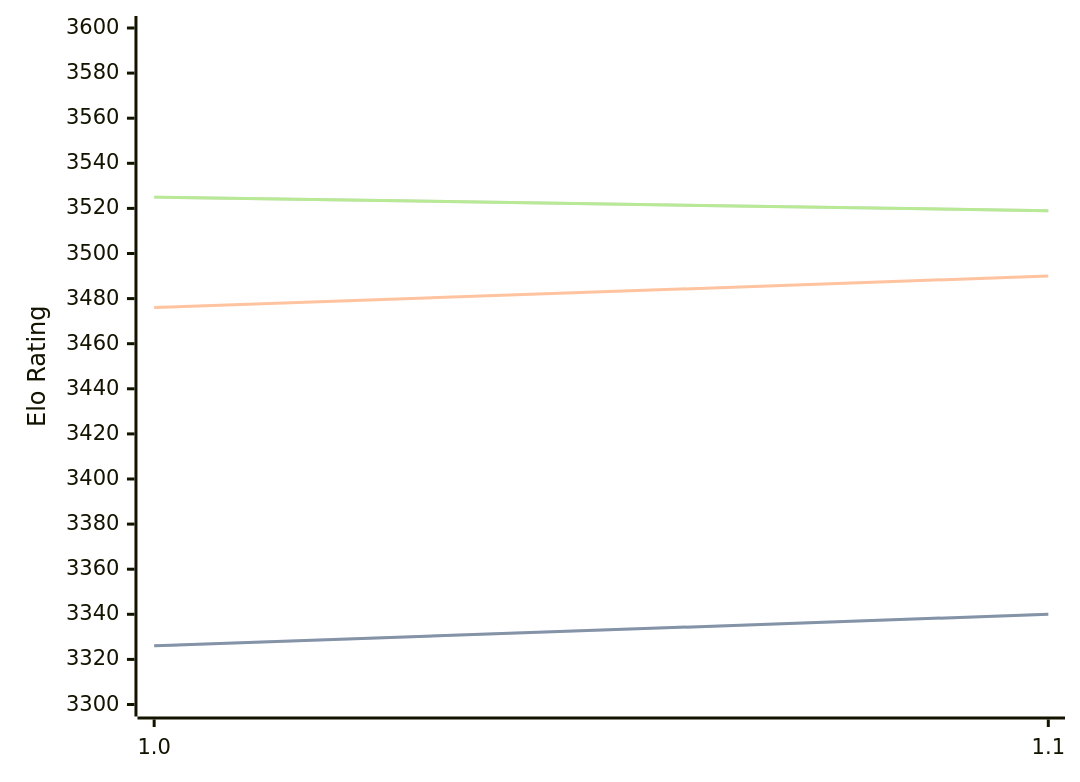
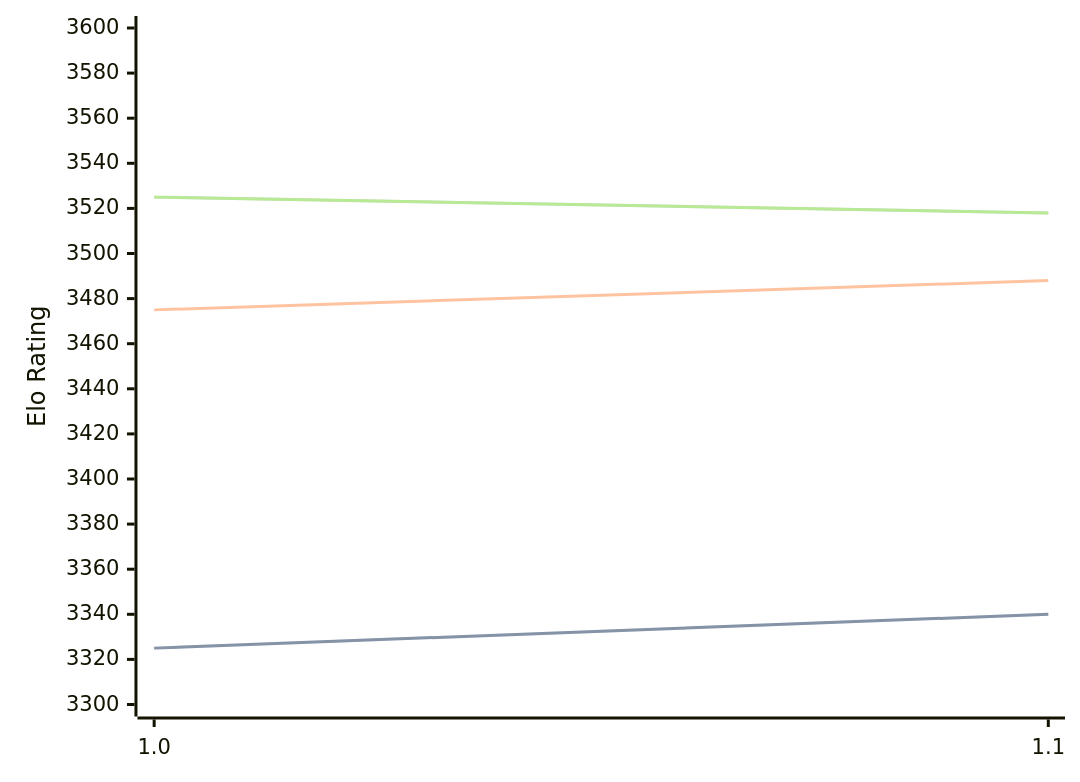
The first of 3 diagrams in engines/Horsie.md (computer-chess-index/cci), drawn with Mermaid before and after one commit. The commit also changed other lines of this file, not shown here.

Commit message:
Update CCI Ratings (ELO VLTC) - 2026-07-15

````diff
--- a/engines/Horsie.md
+++ b/engines/Horsie.md
@@ -32,11 +32,11 @@
 ```mermaid
 %%{init: {"theme":"base","themeVariables":{"seriesColors:['#a3a3a3','#222221','#faa371']}}}%%
 xychart-beta
   x-axis ["1.0", "1.1"]
   y-axis "Elo Rating" 3300 --> 3600
-  line "STC (8.0+0.08s)" [3326, 3340]
-  line "STC (8.0+0.08s)" [3326, 3340]
-  line "LTC (60.0+0.60s)" [3476, 3490]
-  line "VLTC (2m24s+1.12s)" [3525, 3519]
-  line "VLTC (2m24s+1.12s)" [3525, 3519]
+  line "STC (8.0+0.08s)" [3325, 3340]
+  line "STC (8.0+0.08s)" [3325, 3340]
+  line "LTC (60.0+0.60s)" [3475, 3488]
+  line "VLTC (2m24s+1.12s)" [3525, 3518]
+  line "VLTC (2m24s+1.12s)" [3525, 3518]
 ```
````
